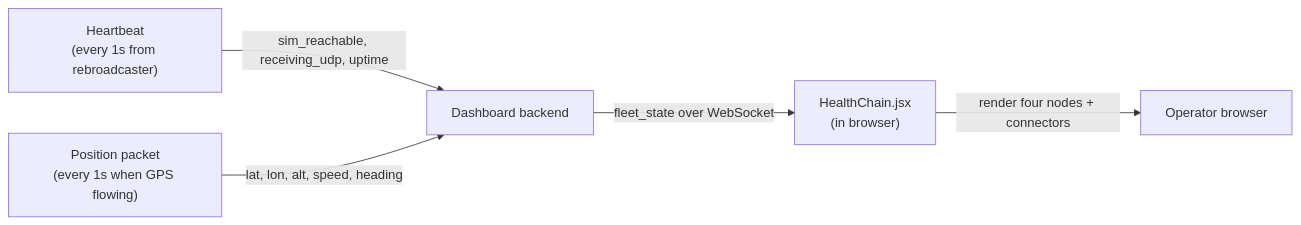
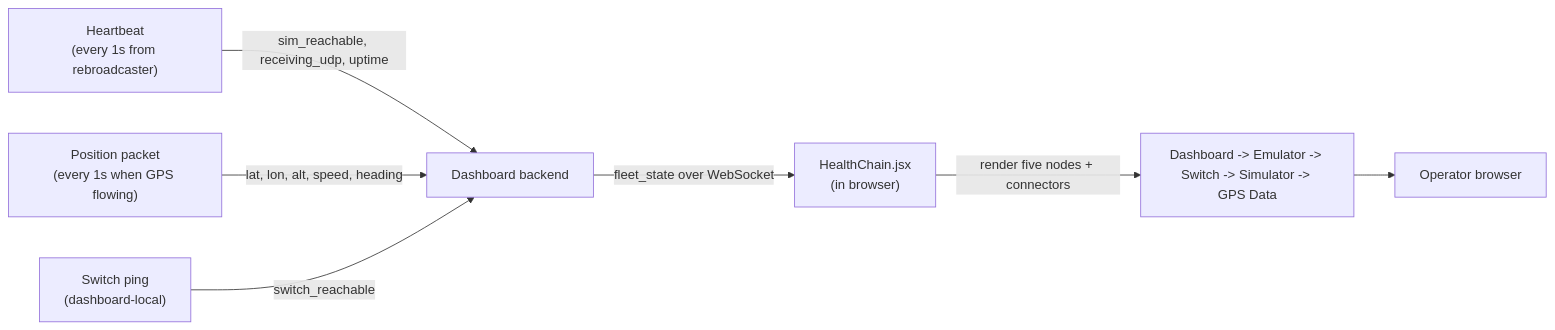
One commit to rjsears/nmea_gps_simulator changed the diagram in docs/dashboard-manual/health-chain.md. Above: the diagram before and after it, drawn with Mermaid. The commit also changed other lines of this file and 67 other files, not shown here.

Commit message:
Switch tracking, health data sources and local dashboard/emulator updates

````diff
--- a/docs/dashboard-manual/health-chain.md
+++ b/docs/dashboard-manual/health-chain.md
@@ -129,12 +169,16 @@
 ```mermaid
 flowchart LR
     Heartbeat["Heartbeat<br/>(every 1s from rebroadcaster)"]
     Position["Position packet<br/>(every 1s when GPS flowing)"]
+    SwitchPing["Switch ping<br/>(dashboard-local)"]
     Dashboard["Dashboard backend"]
     HealthChainComp["HealthChain.jsx<br/>(in browser)"]
+    Chain["Dashboard -> Emulator -> Switch -> Simulator -> GPS Data"]
 
     Heartbeat -->|sim_reachable, receiving_udp, uptime| Dashboard
     Position -->|lat, lon, alt, speed, heading| Dashboard
+    SwitchPing -->|switch_reachable| Dashboard
     Dashboard -->|fleet_state over WebSocket| HealthChainComp
-    HealthChainComp -->|render four nodes + connectors| User["Operator browser"]
+    HealthChainComp -->|render five nodes + connectors| Chain
+    Chain --> User["Operator browser"]
 ```
````
